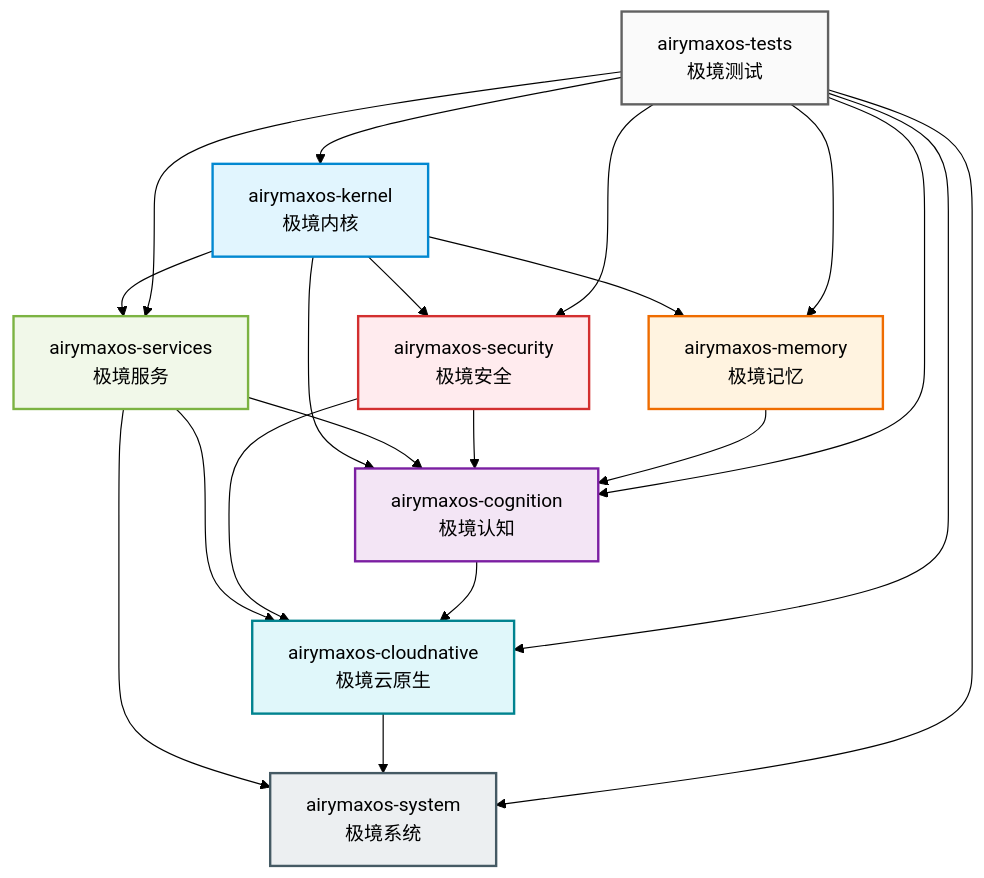
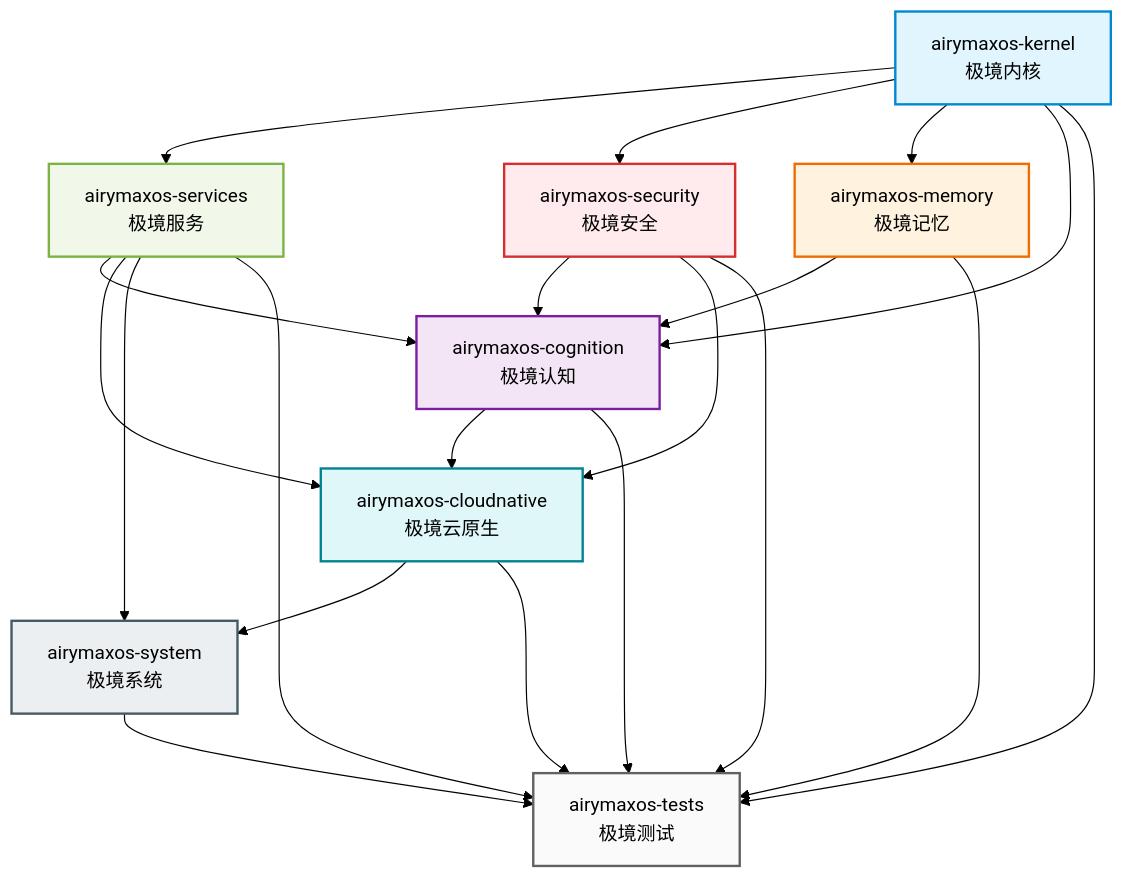
One commit to openairymax/docs changed the diagram in AirymaxAgentOS/20-modules/README.md. Above: the diagram before and after it, drawn with Mermaid (forest theme). The commit also changed other lines of this file and 99 other files, not shown here.

````diff
--- a/AirymaxAgentOS/20-modules/README.md
+++ b/AirymaxAgentOS/20-modules/README.md
@@ -40,40 +40,40 @@
 ```mermaid
 graph TB
     KERNEL[airymaxos-kernel<br/>极境内核]
     SERVICES[airymaxos-services<br/>极境服务]
     SECURITY[airymaxos-security<br/>极境安全]
     MEMORY[airymaxos-memory<br/>极境记忆]
     COGNITION[airymaxos-cognition<br/>极境认知]
     CLOUD[airymaxos-cloudnative<br/>极境云原生]
     SYSTEM[airymaxos-system<br/>极境系统]
     TESTS[airymaxos-tests<br/>极境测试]
 
     KERNEL --> SERVICES
     KERNEL --> SECURITY
     KERNEL --> MEMORY
     KERNEL --> COGNITION
     SERVICES --> COGNITION
     SERVICES --> CLOUD
     SECURITY --> COGNITION
     SECURITY --> CLOUD
     MEMORY --> COGNITION
     COGNITION --> CLOUD
     SERVICES --> SYSTEM
     CLOUD --> SYSTEM
-    TESTS --> KERNEL
-    TESTS --> SERVICES
-    TESTS --> SECURITY
-    TESTS --> MEMORY
-    TESTS --> COGNITION
-    TESTS --> CLOUD
-    TESTS --> SYSTEM
+    KERNEL --> TESTS
+    SERVICES --> TESTS
+    SECURITY --> TESTS
+    MEMORY --> TESTS
+    COGNITION --> TESTS
+    CLOUD --> TESTS
+    SYSTEM --> TESTS
 
     style KERNEL fill:#e1f5fe,stroke:#0288d1,stroke-width:2px
     style SERVICES fill:#f1f8e9,stroke:#7cb342,stroke-width:2px
     style SECURITY fill:#ffebee,stroke:#d32f2f,stroke-width:2px
     style MEMORY fill:#fff3e0,stroke:#ef6c00,stroke-width:2px
     style COGNITION fill:#f3e5f5,stroke:#7b1fa2,stroke-width:2px
     style CLOUD fill:#e0f7fa,stroke:#00838f,stroke-width:2px
     style SYSTEM fill:#eceff1,stroke:#455a64,stroke-width:2px
     style TESTS fill:#fafafa,stroke:#616161,stroke-width:2px
 ```
````
